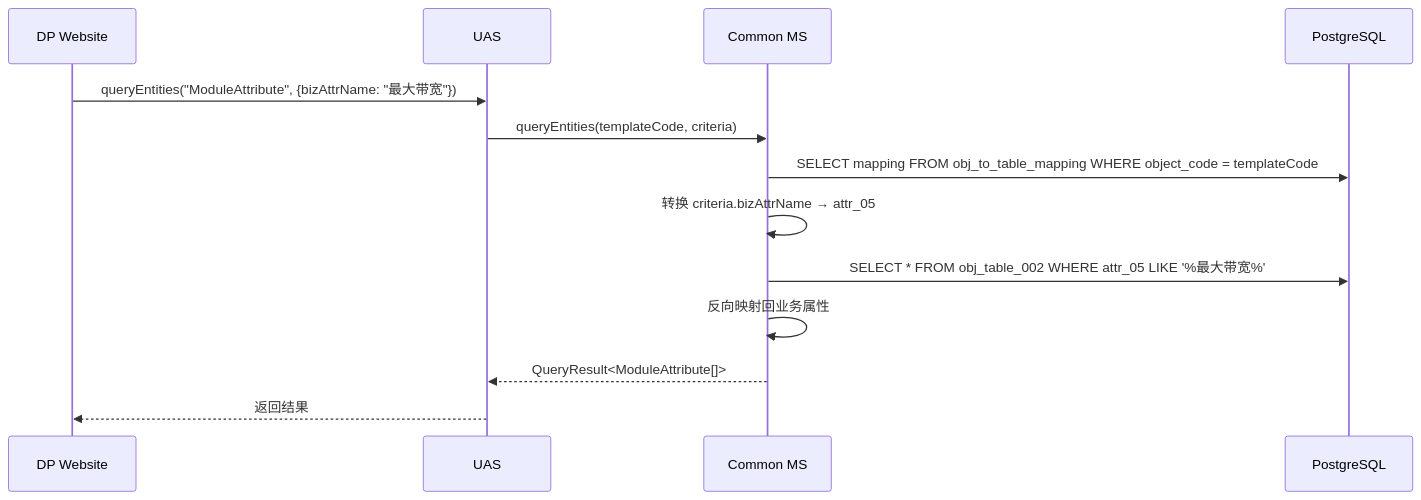
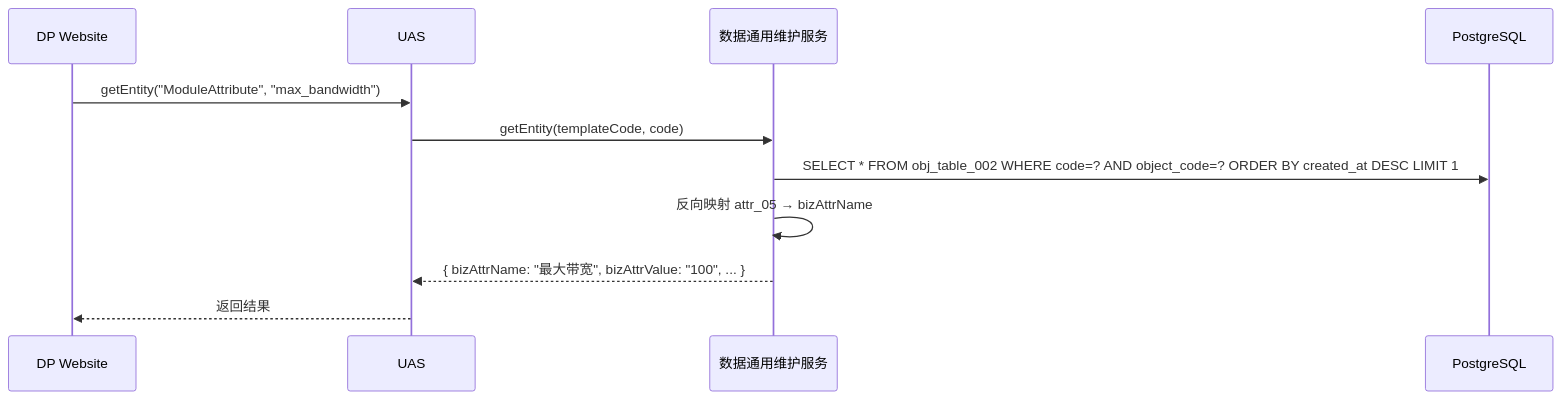
The second of 4 diagrams in docs/adr/RFC-003-数据通用维护服务-通用对象表映射机制.md (goflyboy/digitalproduct), drawn with Mermaid before and after one commit. The commit also changed other lines of this file and 2 other files, not shown here.

````diff
--- a/docs/adr/RFC-003-数据通用维护服务-通用对象表映射机制.md
+++ b/docs/adr/RFC-003-数据通用维护服务-通用对象表映射机制.md
@@ -382,16 +354,14 @@
 ```mermaid
 sequenceDiagram
     participant DP as DP Website
     participant UAS as UAS
-    participant MS as Common MS
+    participant MS as 数据通用维护服务
     participant PG as PostgreSQL
 
-    DP->>UAS: queryEntities("ModuleAttribute", {bizAttrName: "最大带宽"})
-    UAS->>MS: queryEntities(templateCode, criteria)
-    MS->>PG: SELECT mapping FROM obj_to_table_mapping WHERE object_code = templateCode
-    MS->>MS: 转换 criteria.bizAttrName → attr_05
-    MS->>PG: SELECT * FROM obj_table_002 WHERE attr_05 LIKE '%最大带宽%'
-    MS->>MS: 反向映射回业务属性
-    MS-->>UAS: QueryResult<ModuleAttribute[]>
+    DP->>UAS: getEntity("ModuleAttribute", "max_bandwidth")
+    UAS->>MS: getEntity(templateCode, code)
+    MS->>PG: SELECT * FROM obj_table_002 WHERE code=? AND object_code=? ORDER BY created_at DESC LIMIT 1
+    MS->>MS: 反向映射 attr_05 → bizAttrName
+    MS-->>UAS: { bizAttrName: "最大带宽", bizAttrValue: "100", ... }
     UAS-->>DP: 返回结果
 ```
````
